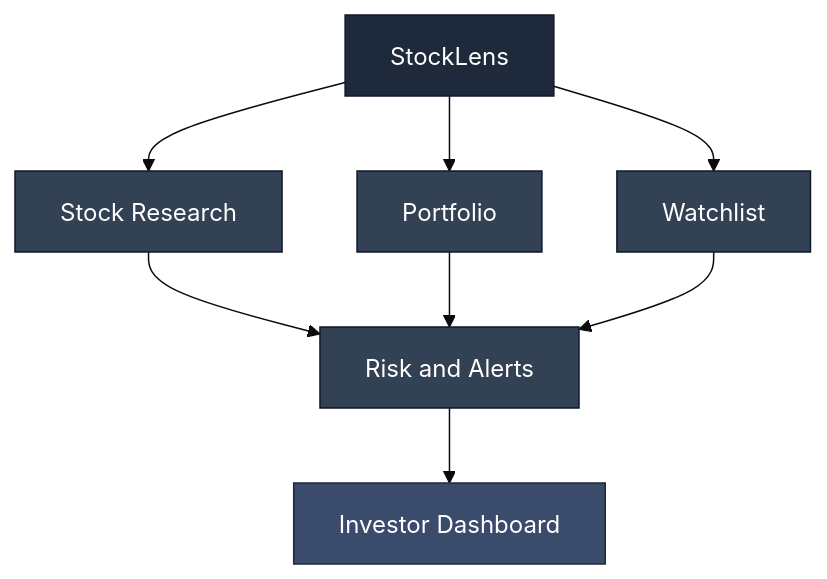
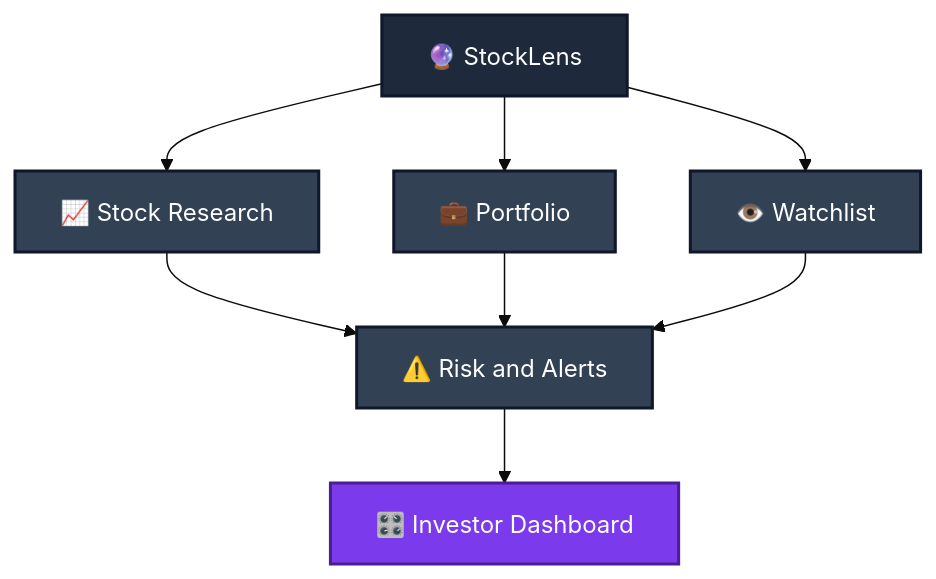
The seventh of 7 diagrams in README.md (bbhavya34/StockLens), drawn with Mermaid (base theme) before and after one commit. The commit also changed other lines of this file, not shown here.

````diff
--- a/README.md
+++ b/README.md
@@ -535,18 +594,18 @@
 ```mermaid
 flowchart TB
-    S[StockLens] --> A[Stock Research]
-    S --> B[Portfolio]
-    S --> C[Watchlist]
-    A --> D[Risk and Alerts]
+    S[🔮 StockLens] --> A[📈 Stock Research]
+    S --> B[💼 Portfolio]
+    S --> C[👁️ Watchlist]
+    A --> D[⚠️ Risk and Alerts]
     B --> D
     C --> D
-    D --> E[Investor Dashboard]
+    D --> E[🎛️ Investor Dashboard]
 
-    classDef root fill:#1E293B,stroke:#0F172A,color:#fff
-    classDef mid fill:#334155,stroke:#0F172A,color:#fff
-    classDef final fill:#3B4B6B,stroke:#1E293B,color:#fff
+    classDef root fill:#1E293B,stroke:#0F172A,color:#fff,stroke-width:2px
+    classDef mid fill:#334155,stroke:#0F172A,color:#fff,stroke-width:2px
+    classDef final fill:#7C3AED,stroke:#4C1D95,color:#fff,stroke-width:2px
 
     class S root
     class A,B,C,D mid
     class E final
 ```
````
